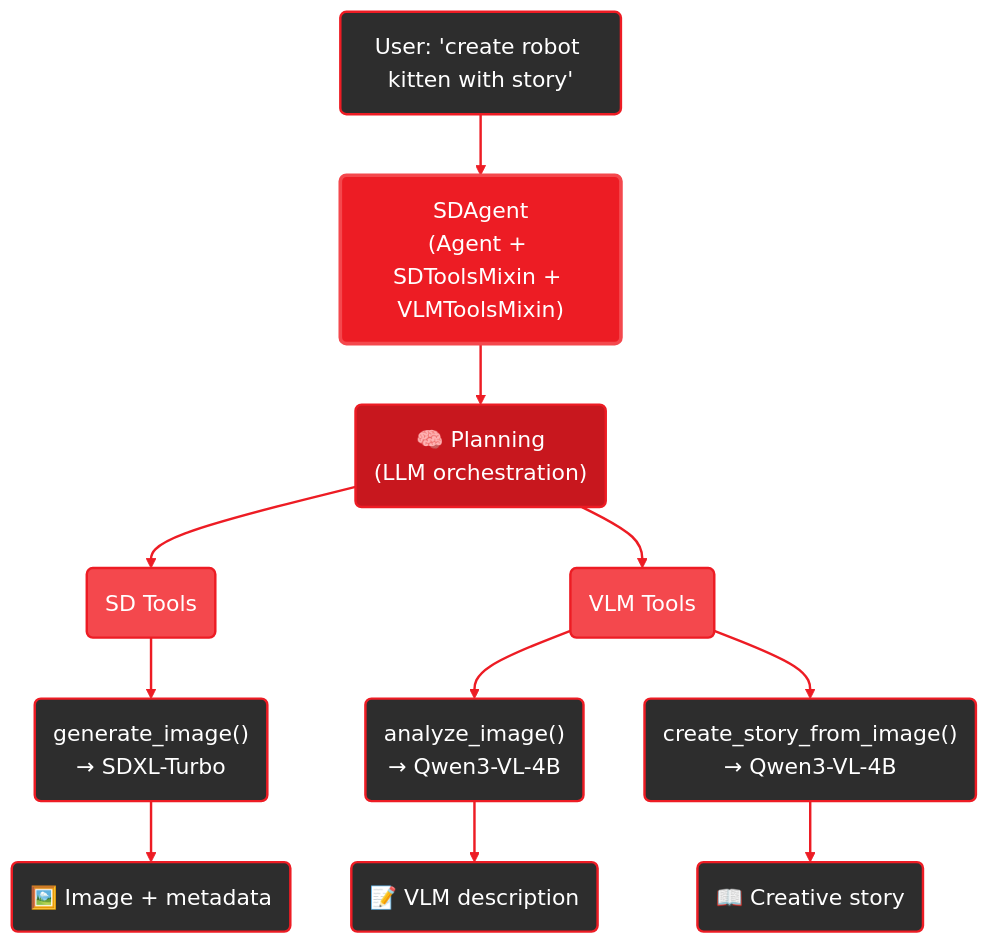
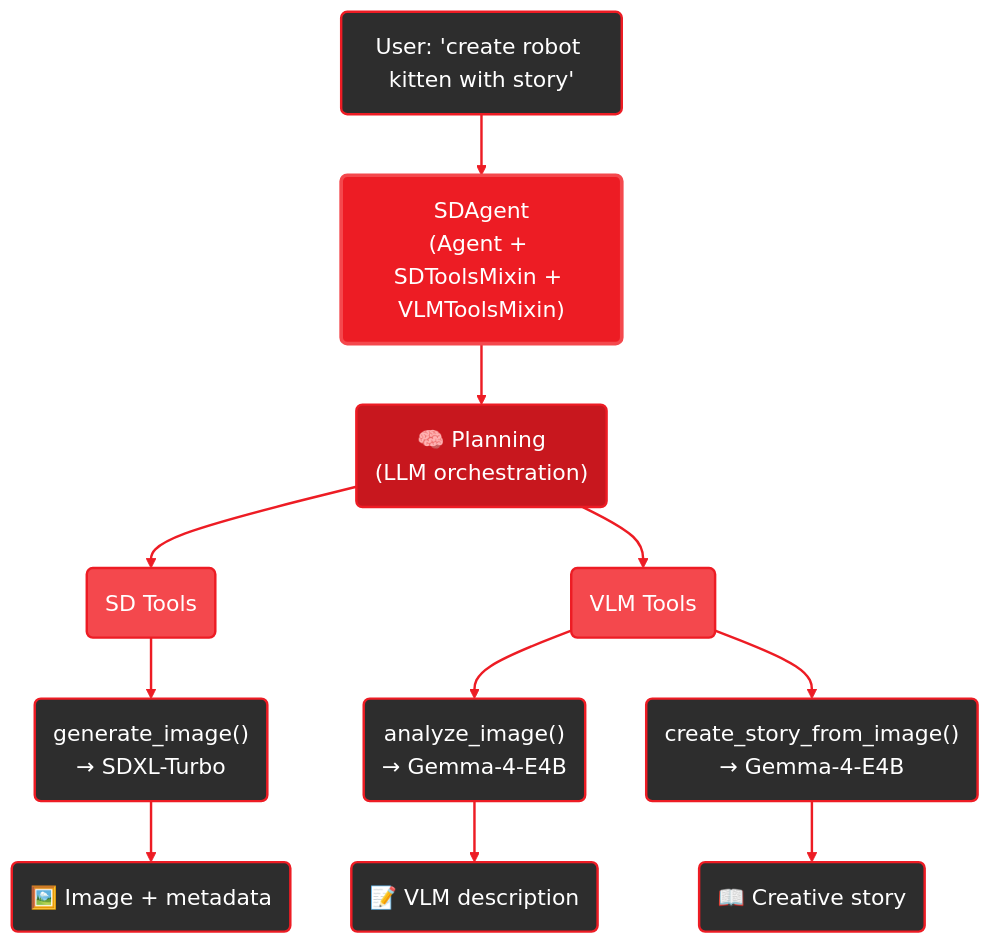
Before and after one commit to amd/gaia: the diagram in docs/guides/sd.mdx, drawn with Mermaid. The commit also changed other lines of this file and 3 other files, not shown here.

````diff
--- a/docs/guides/sd.mdx
+++ b/docs/guides/sd.mdx
@@ -100,35 +98,35 @@
 ```mermaid
 %%{init: {'theme':'base', 'themeVariables': { 'primaryColor':'#ED1C24', 'fontSize':'18px', 'lineColor':'#ED1C24', 'primaryTextColor':'#fff', 'edgeLabelBackground':'#1a1a1a'}, 'flowchart': {'curve': 'basis'}}}%%
 graph TB
     User("User: 'create robot kitten with story'")
     Agent("SDAgent<br/>(Agent + SDToolsMixin + VLMToolsMixin)")
     Plan("🧠 Planning<br/>(LLM orchestration)")
 
     User --> Agent
     Agent --> Plan
 
     Plan --> SDTools("SD Tools")
     SDTools --> GenImg("generate_image()<br/>→ SDXL-Turbo")
     GenImg --> Output("🖼️ Image + metadata")
 
     Plan --> VLMTools("VLM Tools")
-    VLMTools --> Analyze("analyze_image()<br/>→ Qwen3-VL-4B")
+    VLMTools --> Analyze("analyze_image()<br/>→ Gemma-4-E4B")
     Analyze --> Output2("📝 VLM description")
 
-    VLMTools --> Story("create_story_from_image()<br/>→ Qwen3-VL-4B")
+    VLMTools --> Story("create_story_from_image()<br/>→ Gemma-4-E4B")
     Story --> Output3("📖 Creative story")
 
     style User fill:#2d2d2d,stroke:#ED1C24,stroke-width:2px,color:#fff
     style Agent fill:#ED1C24,stroke:#F4484D,stroke-width:3px,color:#fff
     style Plan fill:#C8171E,stroke:#ED1C24,stroke-width:2px,color:#fff
     style SDTools fill:#F4484D,stroke:#ED1C24,stroke-width:2px,color:#fff
     style VLMTools fill:#F4484D,stroke:#ED1C24,stroke-width:2px,color:#fff
     style GenImg fill:#2d2d2d,stroke:#ED1C24,stroke-width:2px,color:#fff
     style Analyze fill:#2d2d2d,stroke:#ED1C24,stroke-width:2px,color:#fff
     style Story fill:#2d2d2d,stroke:#ED1C24,stroke-width:2px,color:#fff
     style Output fill:#2d2d2d,stroke:#ED1C24,stroke-width:2px,color:#fff
     style Output2 fill:#2d2d2d,stroke:#ED1C24,stroke-width:2px,color:#fff
     style Output3 fill:#2d2d2d,stroke:#ED1C24,stroke-width:2px,color:#fff
 
     linkStyle default stroke:#ED1C24,stroke-width:2px
 ```
````
